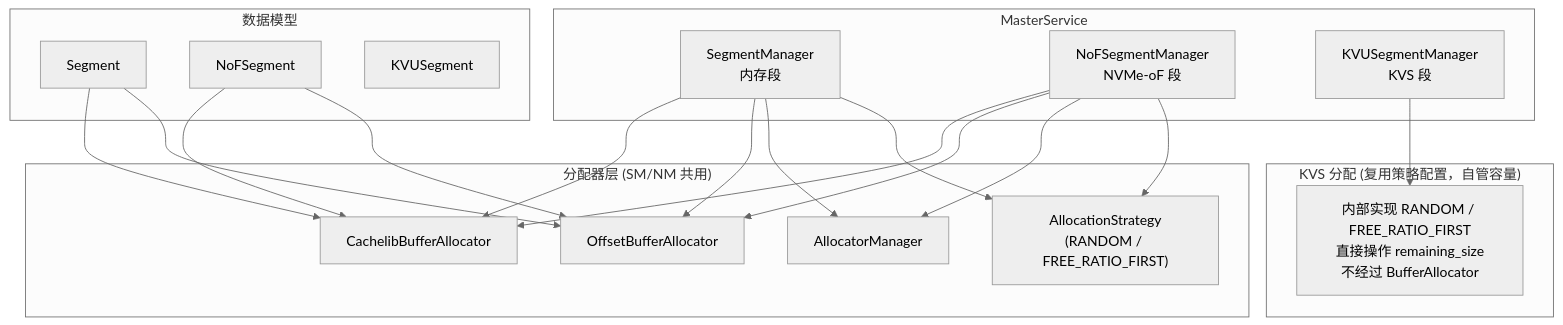
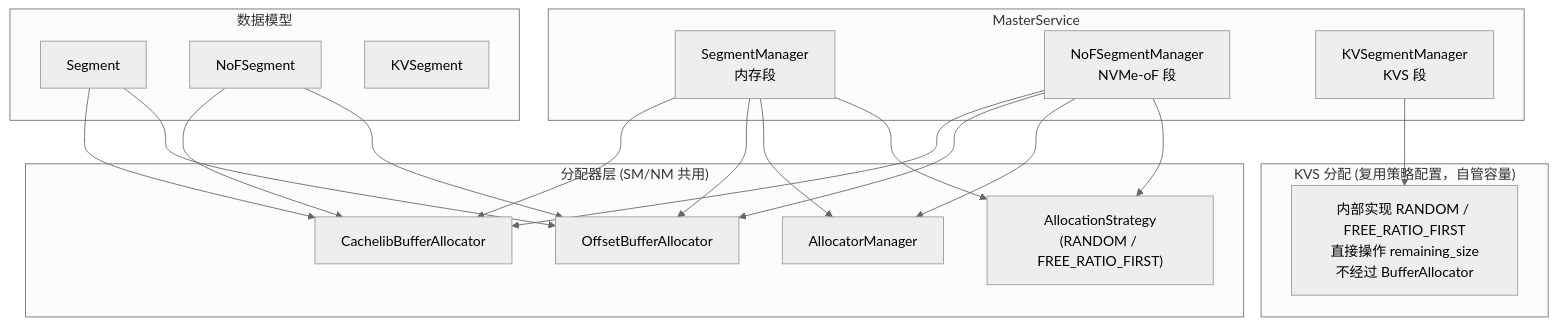
The first of 10 diagrams in mooncake-store/docs/KVUSegment_design.md (yz53665/Mooncake), drawn with Mermaid (neutral theme) before and after one commit. The commit also changed other lines of this file, not shown here.

````diff
--- a/mooncake-store/docs/KVUSegment_design.md
+++ b/mooncake-store/docs/KVUSegment_design.md
@@ -11,39 +11,39 @@
 ```mermaid
 graph TB
     subgraph MasterService
         SM[SegmentManager<br/>内存段]
         NM[NoFSegmentManager<br/>NVMe-oF 段]
-        KM[KVUSegmentManager<br/>KVS 段]
+        KM[KVSegmentManager<br/>KVS 段]
     end
 
     subgraph "分配器层 (SM/NM 共用)"
         CA[CachelibBufferAllocator]
         OA[OffsetBufferAllocator]
         AM[AllocatorManager]
         AS["AllocationStrategy<br/>(RANDOM / FREE_RATIO_FIRST)"]
     end
 
     subgraph "KVS 分配 (复用策略配置，自管容量)"
         KVS_ALLOC["内部实现 RANDOM / FREE_RATIO_FIRST<br/>直接操作 remaining_size<br/>不经过 BufferAllocator"]
     end
 
     subgraph 数据模型
         Seg[Segment]
         NFS[NoFSegment]
-        KVS[KVUSegment]
+        KVS[KVSegment]
     end
 
     SM --> CA
     SM --> OA
     SM --> AM
     SM --> AS
     NM --> CA
     NM --> OA
     NM --> AM
     NM --> AS
     KM --> KVS_ALLOC
     Seg --> CA
     Seg --> OA
     NFS --> CA
     NFS --> OA
 ```
````
